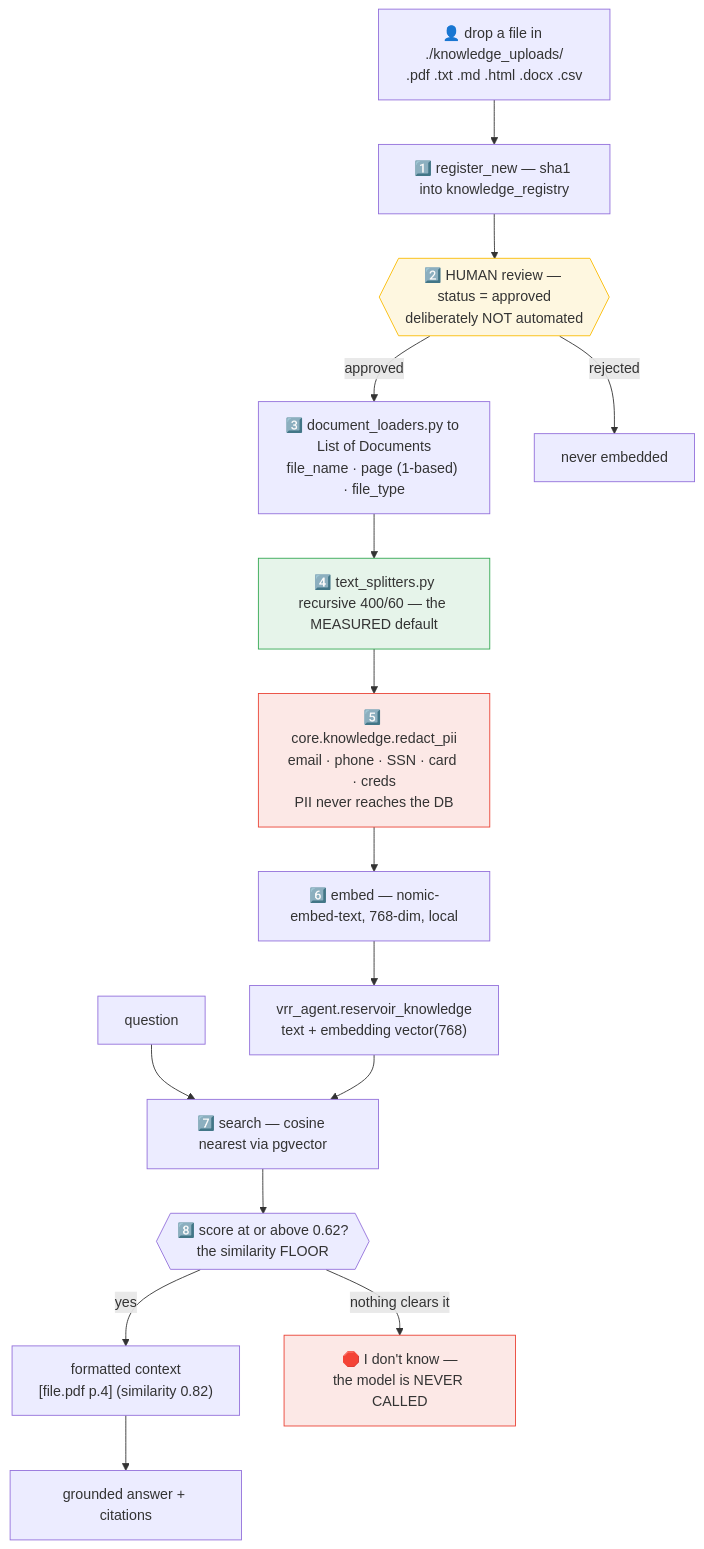
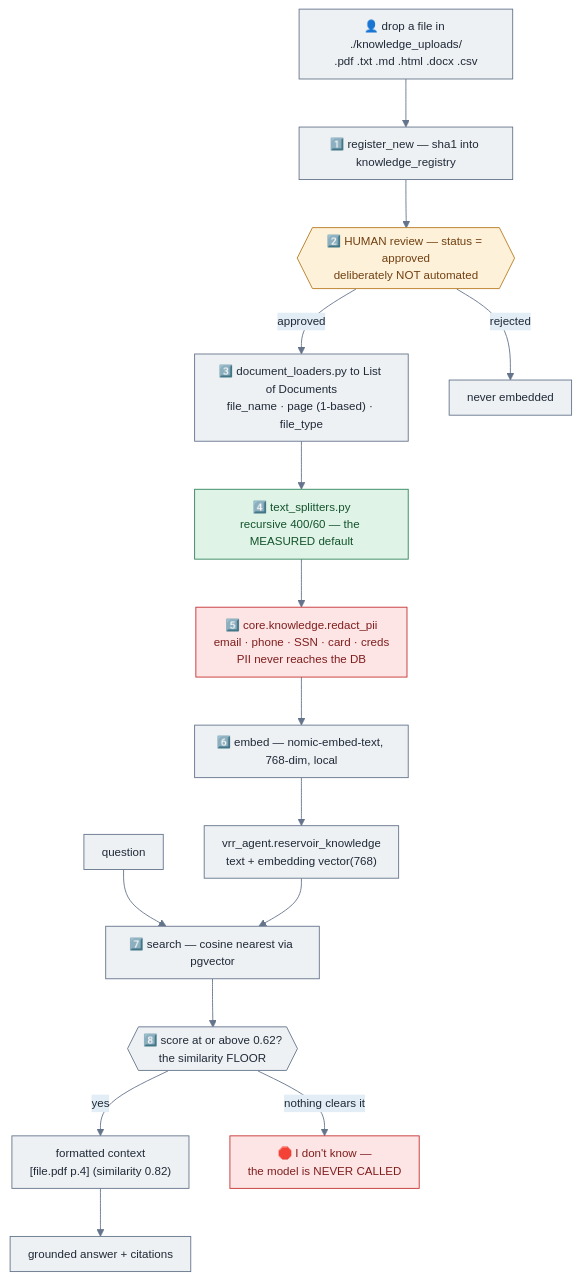
Before and after one commit to vamshi455/vrr-agent-open: the tenth of 19 diagrams in README.md, drawn with Mermaid. The commit also changed other lines of this file and 2 other files, not shown here.

````diff
--- a/README.md
+++ b/README.md
@@ -551,25 +608,28 @@
 ```mermaid
+%%{init: {'theme':'base','themeVariables':{'fontFamily':'ui-sans-serif, system-ui, -apple-system, sans-serif','fontSize':'13px','lineColor':'#64748b','primaryColor':'#eef1f4','primaryTextColor':'#1f2937','primaryBorderColor':'#64748b','secondaryColor':'#e3edf6','tertiaryColor':'#eef1f4'},'flowchart':{'htmlLabels':true,'padding':10,'nodeSpacing':46,'rankSpacing':54,'curve':'basis','useMaxWidth':true},'sequence':{'useMaxWidth':true,'boxMargin':8}}}%%
 flowchart TB
     U["👤 drop a file in ./knowledge_uploads/<br/>.pdf .txt .md .html .docx .csv"] --> REG
     REG["1️⃣ register_new — sha1 into knowledge_registry"] --> REV
     REV{{"2️⃣ HUMAN review — status = approved<br/>deliberately NOT automated"}}
     REV -->|"approved"| LOAD
     REV -->|"rejected"| STOP["never embedded"]
     LOAD["3️⃣ document_loaders.py to List of Documents<br/>file_name · page (1-based) · file_type"]
     LOAD --> SPLIT["4️⃣ text_splitters.py<br/>recursive 400/60 — the MEASURED default"]
     SPLIT --> PII["5️⃣ core.knowledge.redact_pii<br/>email · phone · SSN · card · creds<br/>PII never reaches the DB"]
     PII --> EMB["6️⃣ embed — nomic-embed-text, 768-dim, local"]
     EMB --> STORE["vrr_agent.reservoir_knowledge<br/>text + embedding vector(768)"]
 
     Q["question"] --> SEARCH["7️⃣ search — cosine nearest via pgvector"]
     STORE --> SEARCH
     SEARCH --> FLOOR{{"8️⃣ score at or above 0.62?<br/>the similarity FLOOR"}}
     FLOOR -->|"yes"| CTX["formatted context<br/>[file.pdf p.4] (similarity 0.82)"]
     FLOOR -->|"nothing clears it"| IDK["🛑 I don't know —<br/>the model is NEVER CALLED"]
     CTX --> ANS["grounded answer + citations"]
 
-    style REV fill:#fef7e0,stroke:#fbbc04
-    style PII fill:#fce8e6,stroke:#ea4335
-    style IDK fill:#fce8e6,stroke:#ea4335
-    style SPLIT fill:#e6f4ea,stroke:#34a853
+    classDef warn fill:#fdf2d9,stroke:#b7791f,stroke-width:1px,color:#713f12;
+    classDef bad fill:#fde5e5,stroke:#c53030,stroke-width:1px,color:#7f1d1d;
+    classDef ok fill:#dff3e6,stroke:#2f855a,stroke-width:1px,color:#14532d;
+    class REV warn;
+    class PII,IDK bad;
+    class SPLIT ok;
 ```
````
